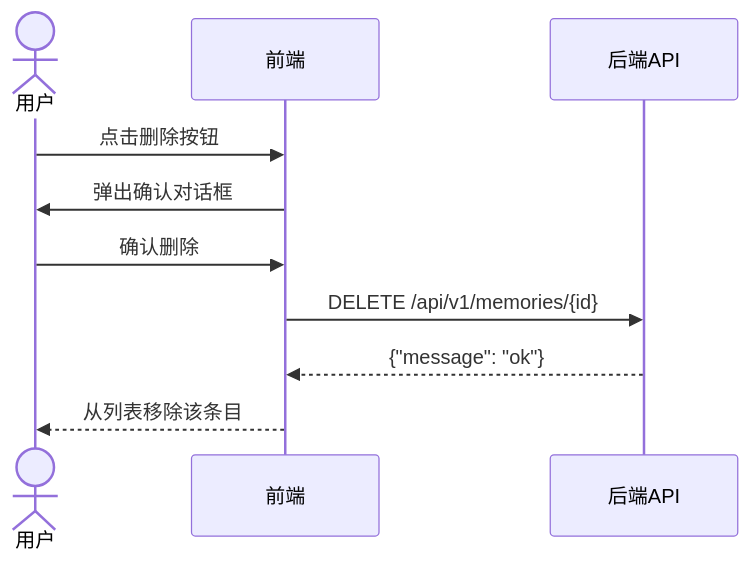
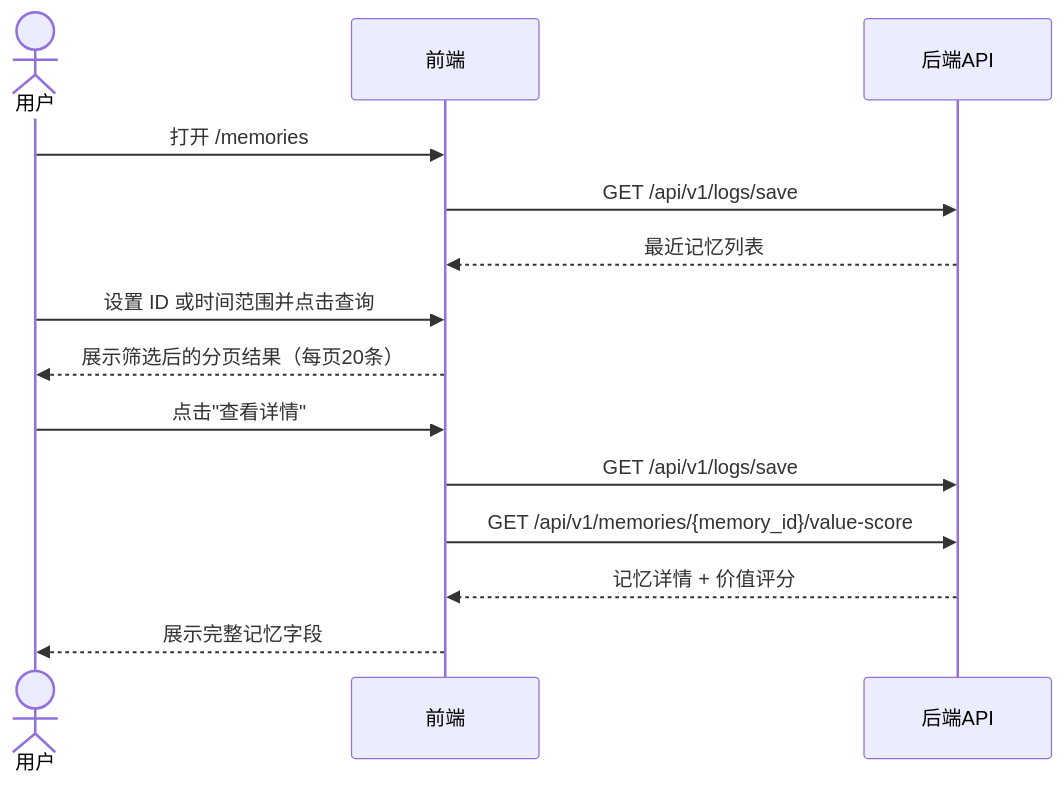
One commit to SevenLv/air_memory changed the second of 4 diagrams in doc/user_guide.md. Above: the diagram before and after it, drawn with Mermaid. The commit also changed other lines of this file and 5 other files, not shown here.

````diff
--- a/doc/user_guide.md
+++ b/doc/user_guide.md
@@ -84,13 +92,17 @@
 ```mermaid
 sequenceDiagram
     actor 用户
     participant 前端
     participant 后端API
 
-    用户->>前端: 点击删除按钮
-    前端->>用户: 弹出确认对话框
-    用户->>前端: 确认删除
-    前端->>后端API: DELETE /api/v1/memories/{id}
-    后端API-->>前端: {"message": "ok"}
-    前端-->>用户: 从列表移除该条目
+    用户->>前端: 打开 /memories
+    前端->>后端API: GET /api/v1/logs/save
+    后端API-->>前端: 最近记忆列表
+    用户->>前端: 设置 ID 或时间范围并点击查询
+    前端-->>用户: 展示筛选后的分页结果（每页20条）
+    用户->>前端: 点击"查看详情"
+    前端->>后端API: GET /api/v1/logs/save
+    前端->>后端API: GET /api/v1/memories/{memory_id}/value-score
+    后端API-->>前端: 记忆详情 + 价值评分
+    前端-->>用户: 展示完整记忆字段
 ```
````
